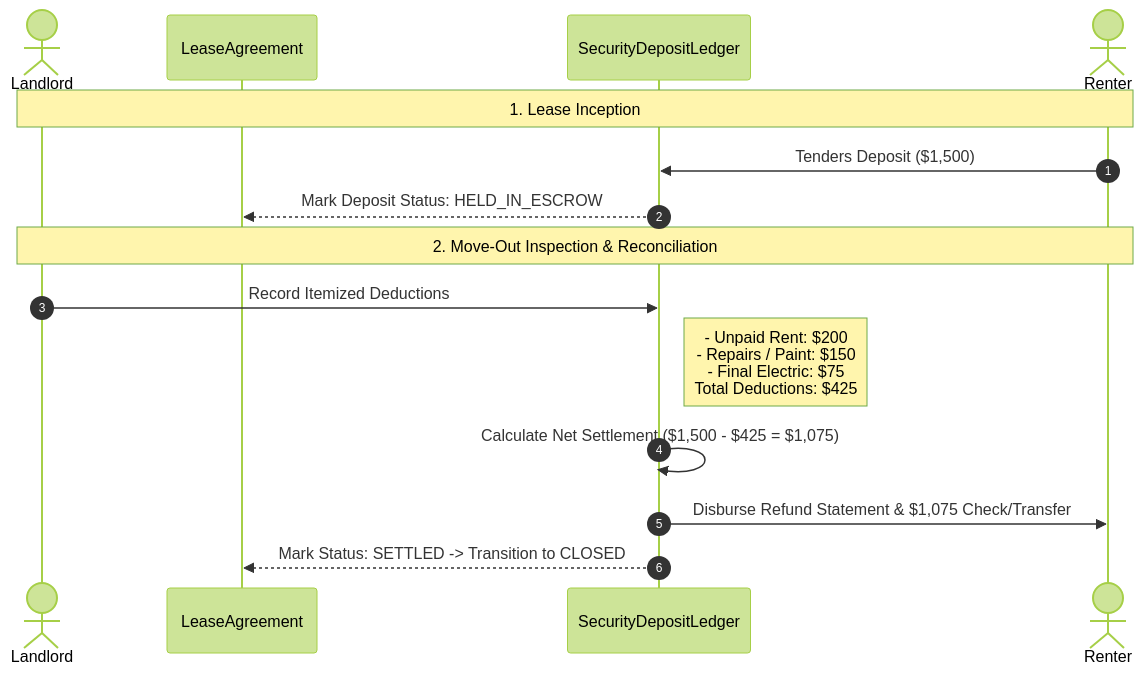
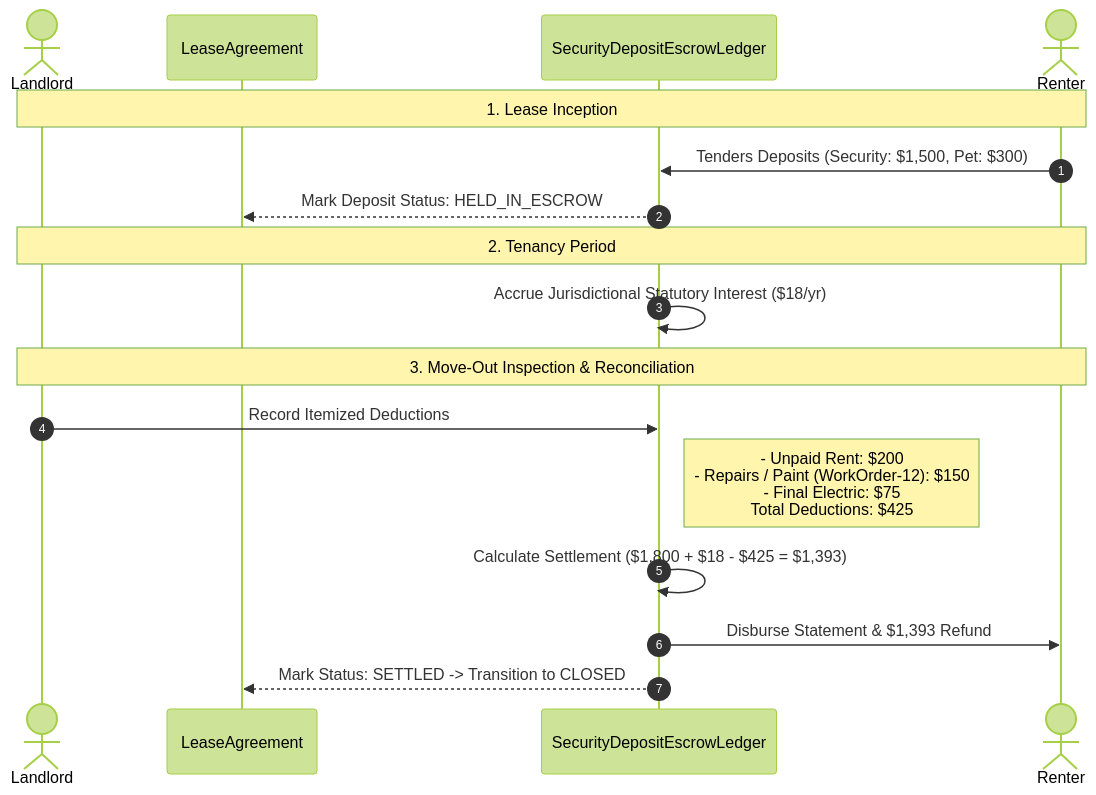
One commit to prosubodh/sthanori changed the seventh of 7 diagrams in docs/DOMAIN_ANALYSIS.md. Above: the diagram before and after it, drawn with Mermaid (forest theme). The commit also changed other lines of this file and 2 other files, not shown here.

Commit message:
docs(domain): expand domain analysis and BRD with deep-dive roommate billing, CAM, and work orders (ADR-013)

````diff
--- a/docs/DOMAIN_ANALYSIS.md
+++ b/docs/DOMAIN_ANALYSIS.md
@@ -252,19 +364,22 @@
 ```mermaid
 sequenceDiagram
     autonumber
     actor Landlord
     participant Lease as LeaseAgreement
-    participant Escrow as SecurityDepositLedger
+    participant Escrow as SecurityDepositEscrowLedger
     actor Renter
 
     Note over Landlord,Renter: 1. Lease Inception
-    Renter->>Escrow: Tenders Deposit ($1,500)
+    Renter->>Escrow: Tenders Deposits (Security: $1,500, Pet: $300)
     Escrow-->>Lease: Mark Deposit Status: HELD_IN_ESCROW
 
-    Note over Landlord,Renter: 2. Move-Out Inspection & Reconciliation
+    Note over Landlord,Renter: 2. Tenancy Period
+    Escrow->>Escrow: Accrue Jurisdictional Statutory Interest ($18/yr)
+
+    Note over Landlord,Renter: 3. Move-Out Inspection & Reconciliation
     Landlord->>Escrow: Record Itemized Deductions
-    Note right of Escrow: - Unpaid Rent: $200<br/>- Repairs / Paint: $150<br/>- Final Electric: $75<br/>Total Deductions: $425
-    Escrow->>Escrow: Calculate Net Settlement ($1,500 - $425 = $1,075)
-    Escrow->>Renter: Disburse Refund Statement & $1,075 Check/Transfer
+    Note right of Escrow: - Unpaid Rent: $200<br/>- Repairs / Paint (WorkOrder-12): $150<br/>- Final Electric: $75<br/>Total Deductions: $425
+    Escrow->>Escrow: Calculate Settlement ($1,800 + $18 - $425 = $1,393)
+    Escrow->>Renter: Disburse Statement & $1,393 Refund
     Escrow-->>Lease: Mark Status: SETTLED -> Transition to CLOSED
 ```
````
